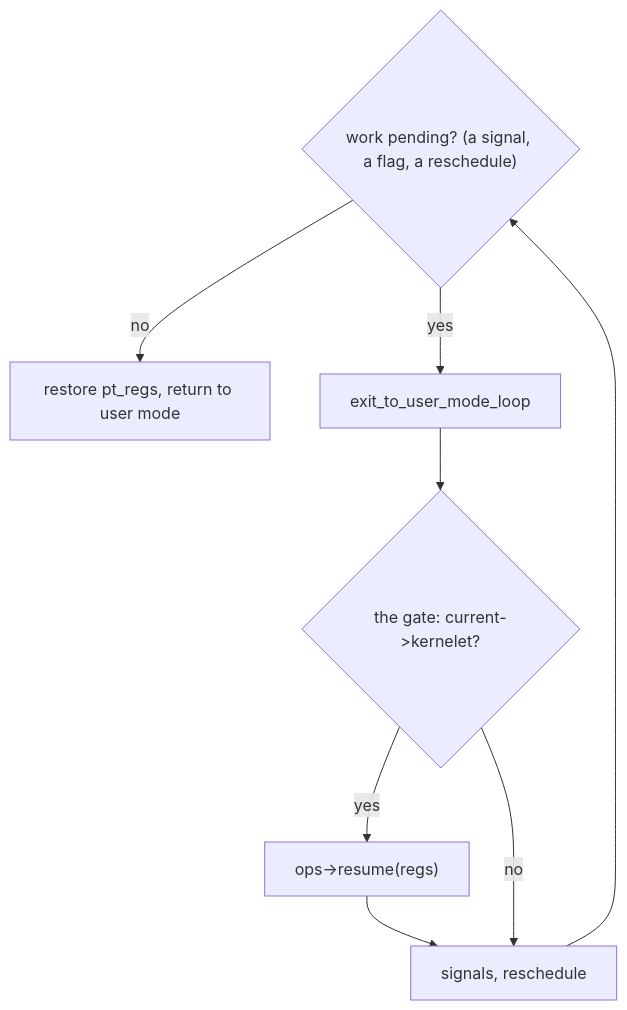
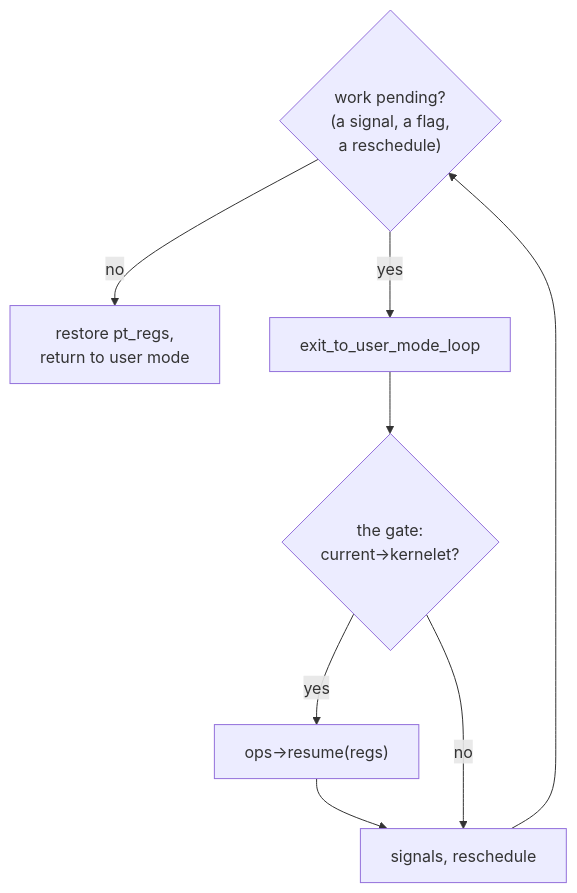
Before and after one commit to Plucky923/kernelet: the second of 2 diagrams in src/the-gate.md, drawn with Mermaid. The commit also changed other lines of this file, not shown here.

````diff
--- a/src/the-gate.md
+++ b/src/the-gate.md
@@ -35,10 +35,10 @@
 ```mermaid
 flowchart TB
-    p{"work pending? (a signal, a flag, a reschedule)"} -- no --> back[restore pt_regs, return to user mode]
+    p{"work pending?<br/>(a signal, a flag,<br/>a reschedule)"} -- no --> back["restore pt_regs,<br/>return to user mode"]
     p -- yes --> loop[exit_to_user_mode_loop]
-    loop --> r{"the gate: current->kernelet?"}
+    loop --> r{"the gate:<br/>current->kernelet?"}
     r -- yes --> h["ops->resume(regs)"]
     h --> sig[signals, reschedule]
     r -- no --> sig
     sig --> p
 ```
````
